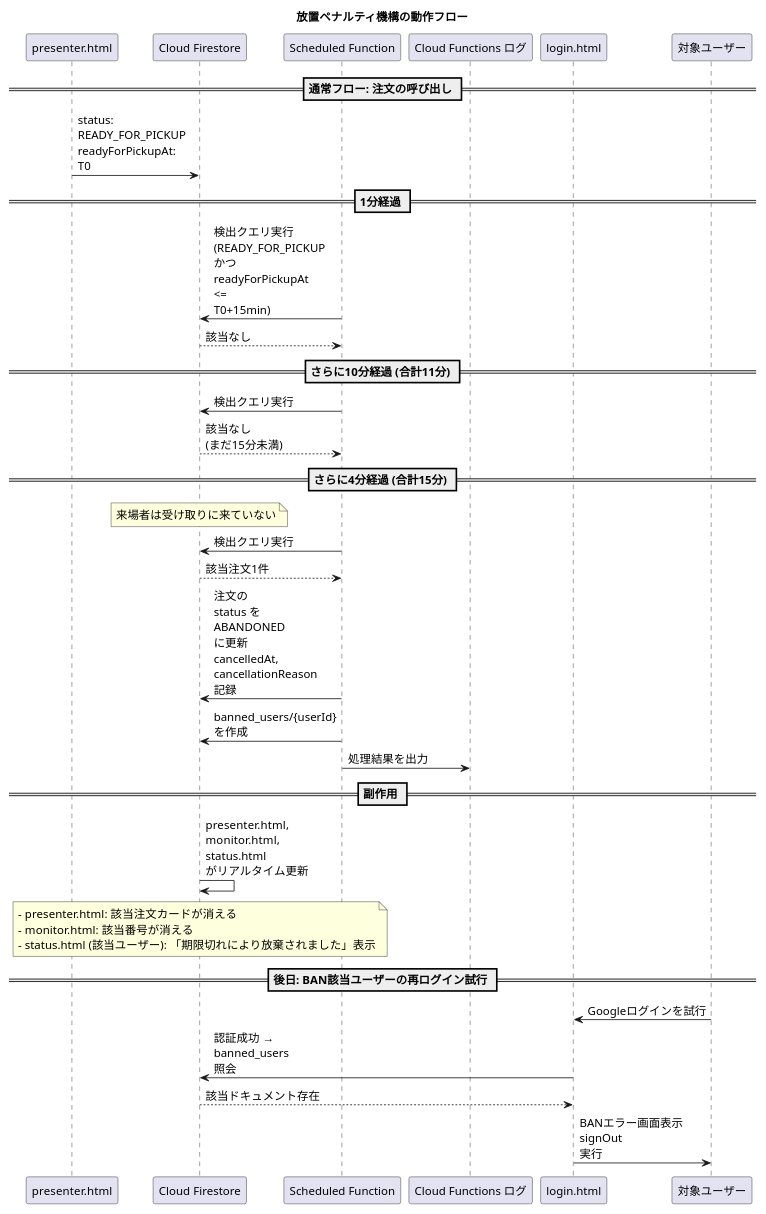
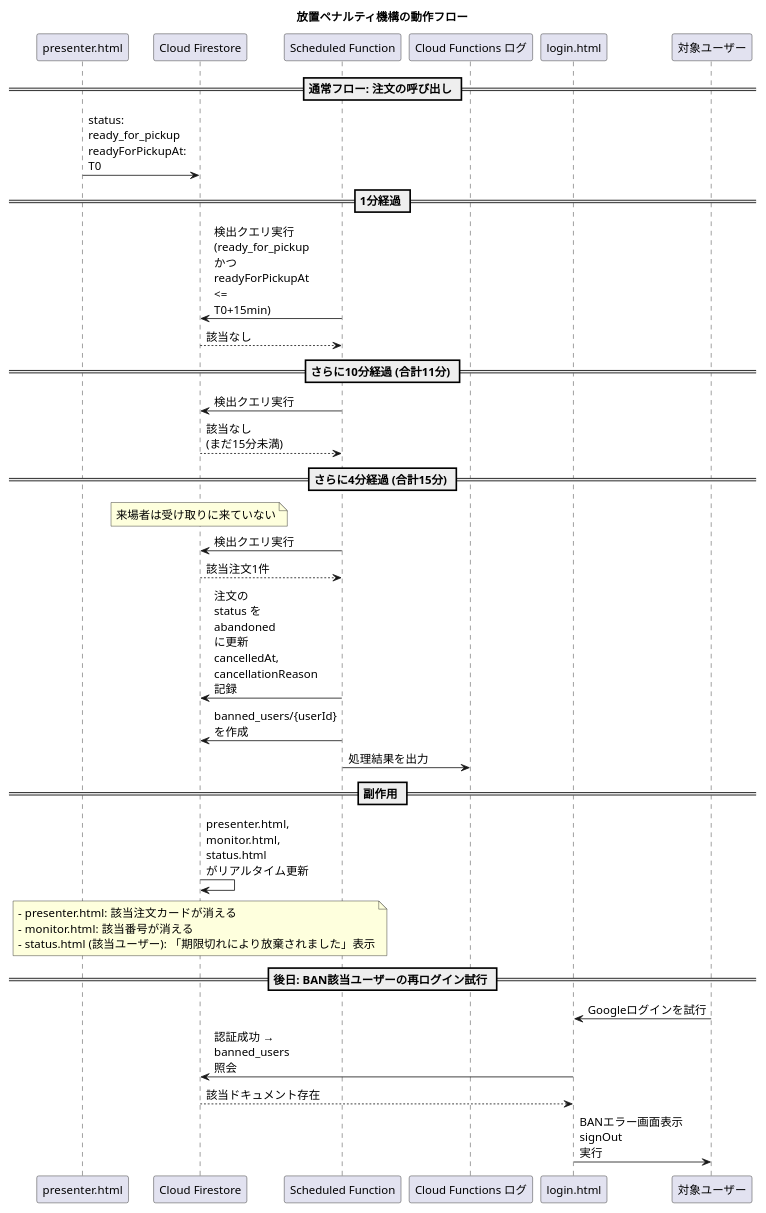
One commit to ynr-cs/nanryosai2026 changed diagram 15 of 17 in 設計図/南陵祭2026 POS・モバイルオーダーシステム 設計計画書.md. Above: the diagram before and after it, drawn with PlantUML. The commit also changed other lines of this file and 2 other files, not shown here.

Commit message:
chore: configure markdown-preview-enhanced to use Kroki PlantUML server

````diff
--- a/設計図/南陵祭2026 POS・モバイルオーダーシステム 設計計画書.md
+++ b/設計図/南陵祭2026 POS・モバイルオーダーシステム 設計計画書.md
@@ -4078,54 +4066,54 @@
 ```plantuml
 @startuml penalty_flow
 title 放置ペナルティ機構の動作フロー
 
 scale 800 width
 skinparam defaultFontSize 14
 skinparam maxMessageSize 80
 
 participant "presenter.html" as Presenter
 participant "Cloud Firestore" as Firestore
 participant "Scheduled Function" as Scheduler
 participant "Cloud Functions ログ" as Log
 
 == 通常フロー: 注文の呼び出し ==
-Presenter -> Firestore: status: READY_FOR_PICKUP\nreadyForPickupAt: T0
+Presenter -> Firestore: status: ready_for_pickup\nreadyForPickupAt: T0
 
 == 1分経過 ==
-Scheduler -> Firestore: 検出クエリ実行\n(READY_FOR_PICKUP かつ\nreadyForPickupAt <= T0+15min)
+Scheduler -> Firestore: 検出クエリ実行\n(ready_for_pickup かつ\nreadyForPickupAt <= T0+15min)
 Firestore --> Scheduler: 該当なし
 
 == さらに10分経過 (合計11分) ==
 Scheduler -> Firestore: 検出クエリ実行
 Firestore --> Scheduler: 該当なし\n(まだ15分未満)
 
 == さらに4分経過 (合計15分) ==
 note over Firestore: 来場者は受け取りに来ていない
 
 Scheduler -> Firestore: 検出クエリ実行
 Firestore --> Scheduler: 該当注文1件
 
-Scheduler -> Firestore: 注文の status を ABANDONED に更新\ncancelledAt, cancellationReason 記録
+Scheduler -> Firestore: 注文の status を abandoned に更新\ncancelledAt, cancellationReason 記録
 Scheduler -> Firestore: banned_users/{userId} を作成
 
 Scheduler -> Log: 処理結果を出力
 
 == 副作用 ==
 Firestore -> Firestore: presenter.html, monitor.html,\nstatus.html がリアルタイム更新
 note over Firestore
   - presenter.html: 該当注文カードが消える
   - monitor.html: 該当番号が消える
   - status.html (該当ユーザー): 「期限切れにより放棄されました」表示
 end note
 
 == 後日: BAN該当ユーザーの再ログイン試行 ==
 participant "login.html" as Login
 participant "対象ユーザー" as User
 
 User -> Login: Googleログインを試行
 Login -> Firestore: 認証成功 → banned_users 照会
 Firestore --> Login: 該当ドキュメント存在
 Login -> User: BANエラー画面表示\nsignOut 実行
 
 @enduml
 ```
````
